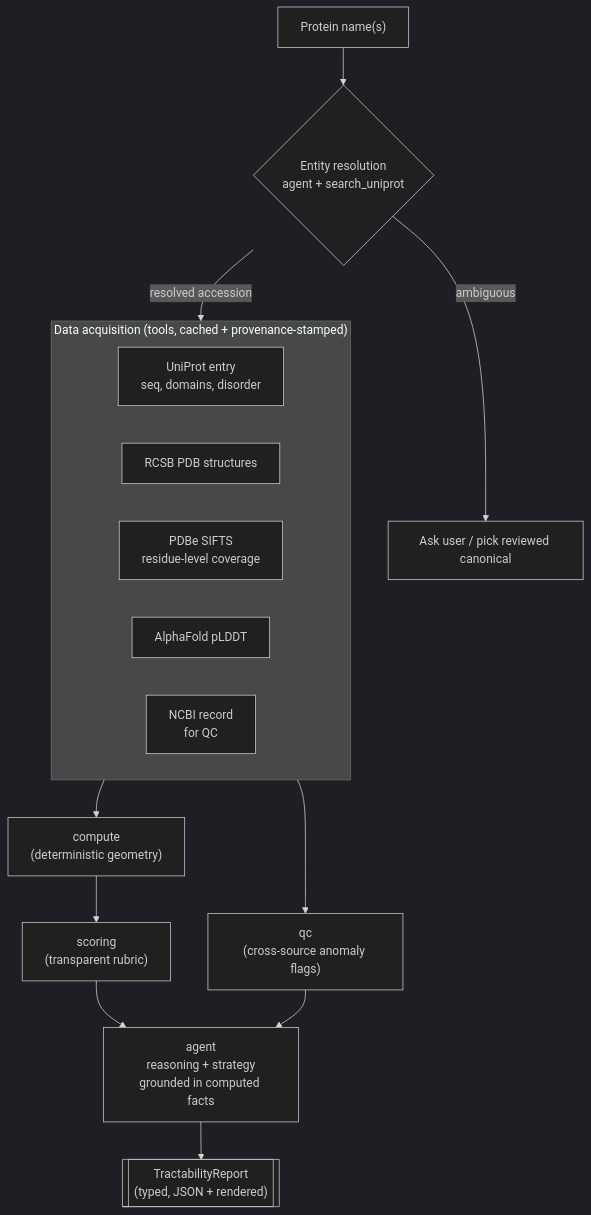
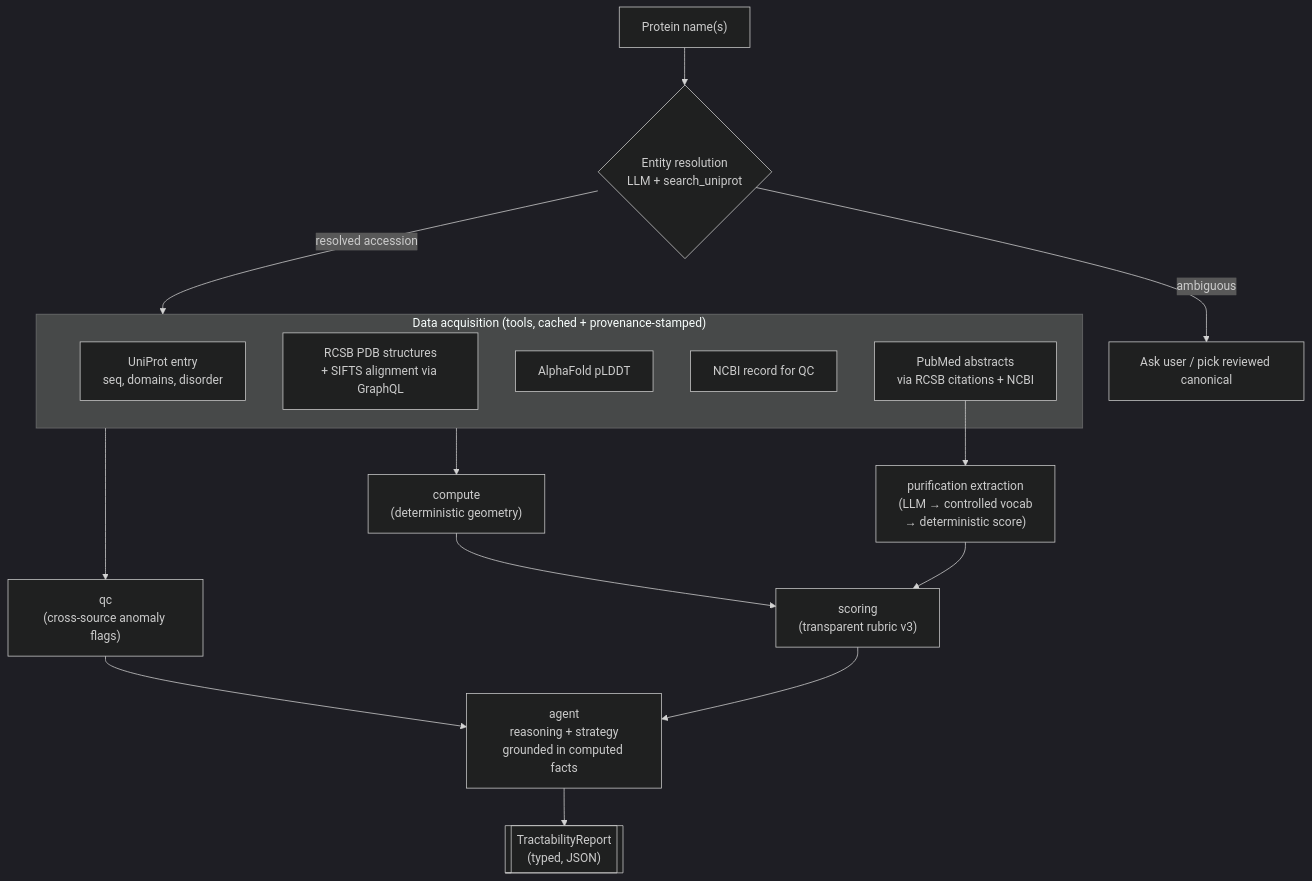
The diagram in README.md (djokerdude/protein_structure_tractability), drawn with Mermaid (dark theme) before and after one commit. The commit also changed other lines of this file, not shown here.

````diff
--- a/README.md
+++ b/README.md
@@ -74,19 +100,23 @@
 ```mermaid
 flowchart TD
-    Q["Protein name(s)"] --> R{Entity resolution<br/>agent + search_uniprot}
+    Q["Protein name(s)"] --> R{Entity resolution<br/>LLM + search_uniprot}
     R -->|ambiguous| ASK[Ask user / pick reviewed canonical]
     R -->|resolved accession| ACQ
+
     subgraph ACQ["Data acquisition (tools, cached + provenance-stamped)"]
         U[UniProt entry<br/>seq, domains, disorder]
-        P[RCSB PDB structures]
-        S[PDBe SIFTS<br/>residue-level coverage]
+        P[RCSB PDB structures<br/>+ SIFTS alignment via GraphQL]
         A[AlphaFold pLDDT]
-        N[NCBI record<br/>for QC]
+        N[NCBI record for QC]
+        PB[PubMed abstracts<br/>via RCSB citations + NCBI]
     end
+
     ACQ --> C["compute<br/>(deterministic geometry)"]
-    C --> SC["scoring<br/>(transparent rubric)"]
+    C --> SC["scoring<br/>(transparent rubric v3)"]
+    PB --> PUR["purification extraction<br/>(LLM → controlled vocab<br/>→ deterministic score)"]
+    PUR --> SC
     ACQ --> QC["qc<br/>(cross-source anomaly flags)"]
     SC --> AG["agent<br/>reasoning + strategy<br/>grounded in computed facts"]
     QC --> AG
-    AG --> REP[["TractabilityReport<br/>(typed, JSON + rendered)"]]
+    AG --> REP[["TractabilityReport<br/>(typed, JSON)"]]
 ```
````
